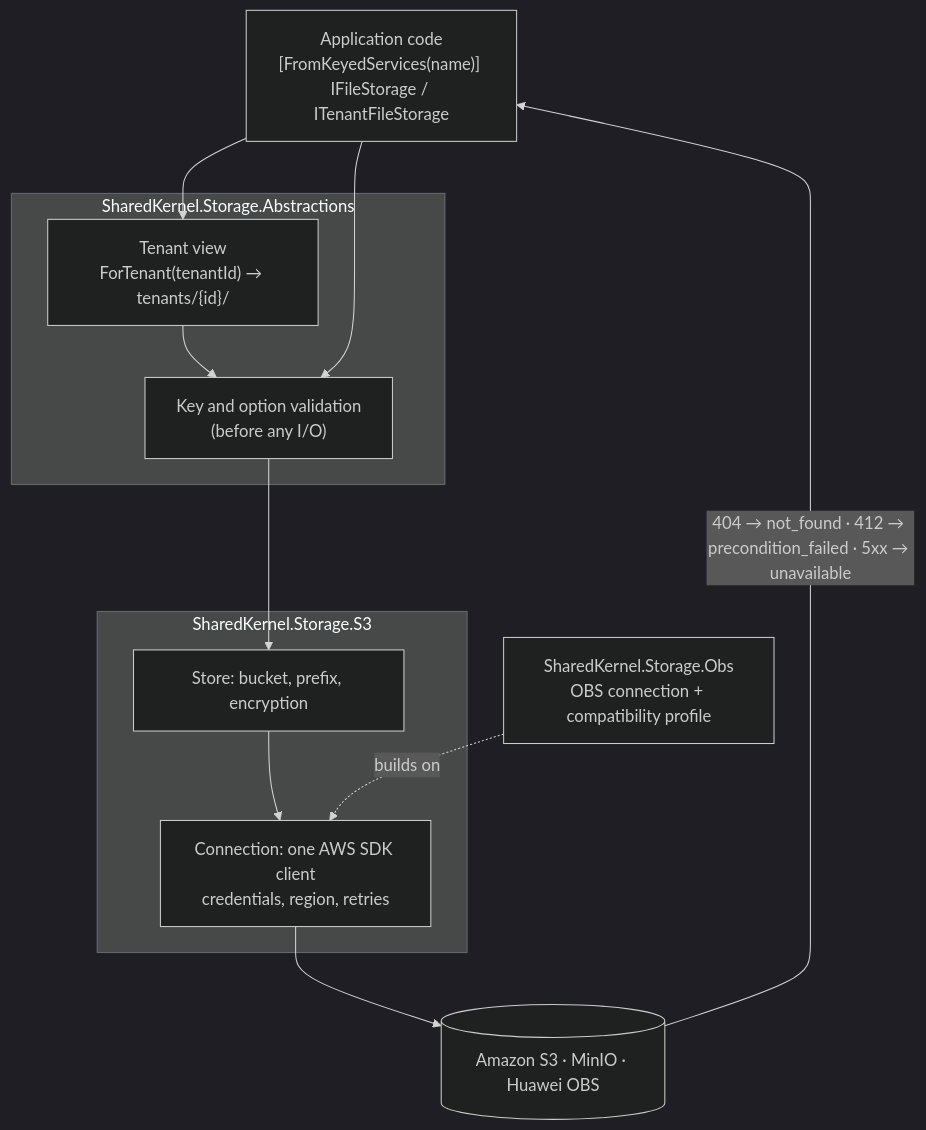
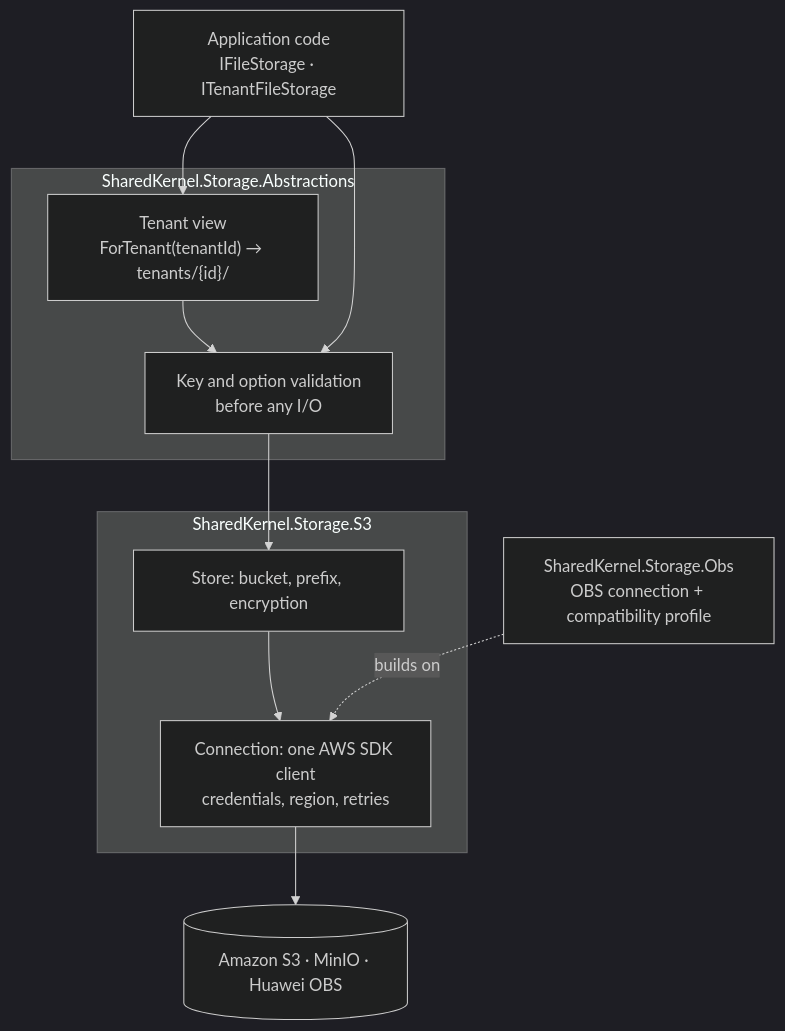
One commit to Gresta-Vertex-Labs/platform-shared-kernel changed the diagram in src/Infrastructure/Storage/README.md. Above: the diagram before and after it, drawn with Mermaid (dark theme). The commit also changed other lines of this file and 228 other files, not shown here.

````diff
--- a/src/Infrastructure/Storage/README.md
+++ b/src/Infrastructure/Storage/README.md
@@ -53,19 +52,18 @@
 ```mermaid
 flowchart TB
-    App["Application code<br/>[FromKeyedServices(name)] IFileStorage / ITenantFileStorage"]
+    App["Application code<br/>IFileStorage · ITenantFileStorage"]
     subgraph Abs["SharedKernel.Storage.Abstractions"]
         View["Tenant view<br/>ForTenant(tenantId) → tenants/{id}/"]
-        Val["Key and option validation<br/>(before any I/O)"]
+        Val["Key and option validation<br/>before any I/O"]
     end
     subgraph S3P["SharedKernel.Storage.S3"]
         Store["Store: bucket, prefix, encryption"]
         Conn["Connection: one AWS SDK client<br/>credentials, region, retries"]
     end
     Obs["SharedKernel.Storage.Obs<br/>OBS connection + compatibility profile"]
     App --> View --> Val
     App --> Val
     Val --> Store --> Conn
     Obs -. builds on .-> Conn
     Conn --> Cloud[("Amazon S3 · MinIO · Huawei OBS")]
-    Cloud -->|"404 → not_found · 412 → precondition_failed · 5xx → unavailable"| App
 ```
````
